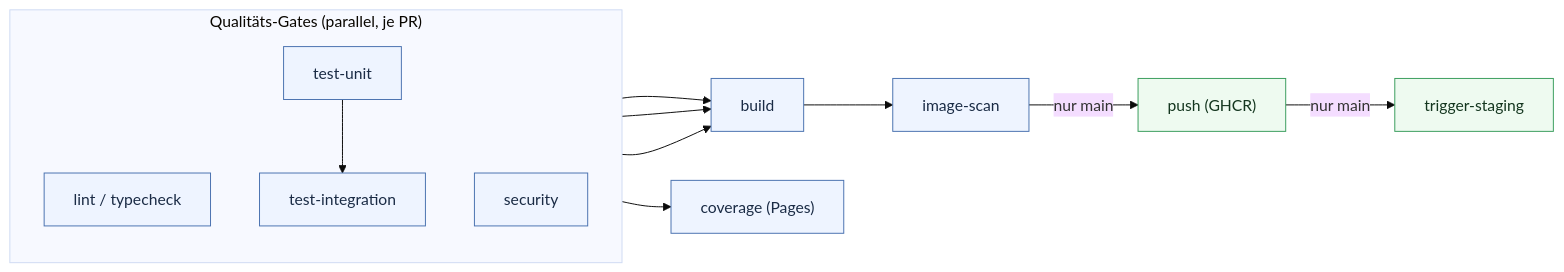
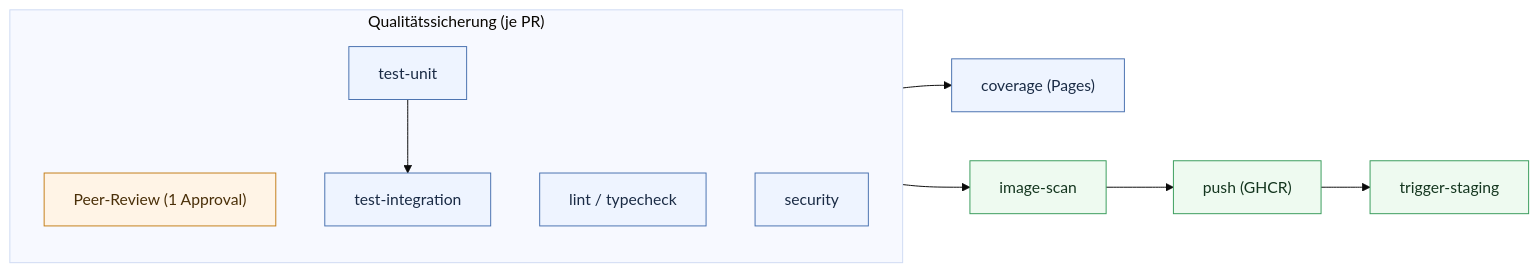
One commit to six7-click-n-deploy/.github changed the diagram in docs/QS-Massnahmen-Beleg.md. Above: the diagram before and after it, drawn with Mermaid (base theme). The commit also changed other lines of this file, not shown here.

Commit message:
docs: add peer-review as QS pipeline step, split into two phases

````diff
--- a/docs/QS-Massnahmen-Beleg.md
+++ b/docs/QS-Massnahmen-Beleg.md
@@ -156,24 +156,23 @@
 ```mermaid
 flowchart LR
-    subgraph checks["Qualitäts-Gates (parallel, je PR)"]
+    subgraph checks["Qualitätssicherung (je PR)"]
         direction TB
+        review["Peer-Review (1 Approval)"]
         lint["lint / typecheck"]
         unit["test-unit"] --> integ["test-integration"]
         sec["security"]
     end
 
-    lint --> build["build"]
-    integ --> build
-    sec --> build
     integ --> cov["coverage (Pages)"]
 
-    build --> scan["image-scan"]
-    scan -->|nur main| push["push (GHCR)"]
-    push -->|nur main| stag["trigger-staging"]
+    checks --> scan["image-scan"]
+    scan --> push["push (GHCR)"]
+    push --> stag["trigger-staging"]
 
+    classDef human fill:#fff4e6,stroke:#c47f1a,color:#4a2f08;
     classDef gate fill:#eef4ff,stroke:#4a72b0,color:#1a2b45;
     classDef deploy fill:#eefaf0,stroke:#3a9d5d,color:#14361f;
-    class lint,unit,integ,sec,build,scan gate;
-    class cov gate;
-    class push,stag deploy;
+    class review human;
+    class lint,unit,integ,sec,cov gate;
+    class scan,push,stag deploy;
 ```
````
